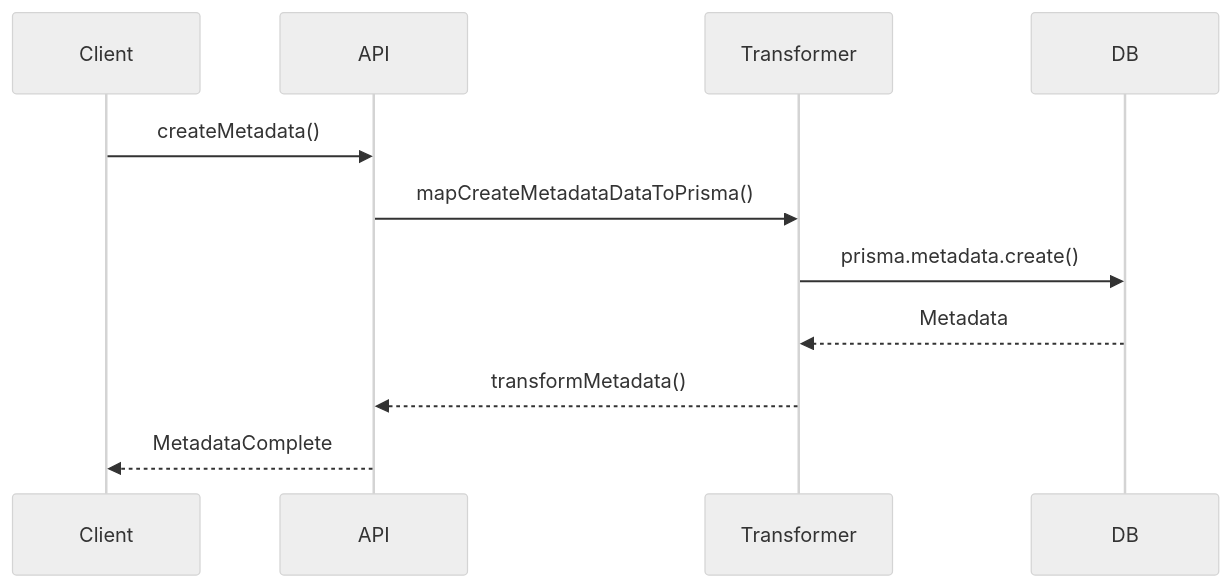
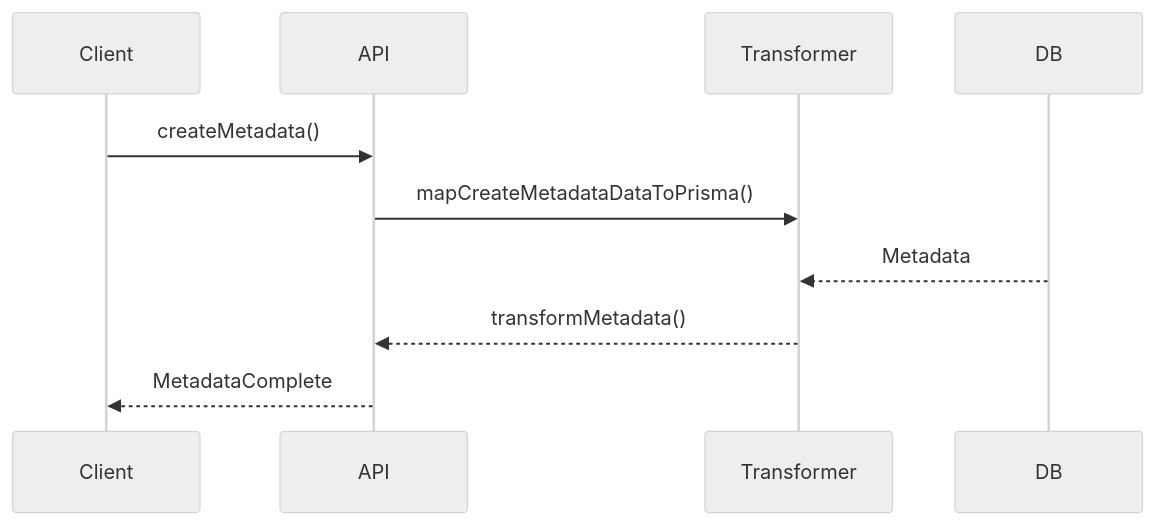
The second of 2 diagrams in src/types/entities/metadata/documentation.md (gvastethecreator/media-manager), drawn with Mermaid (neutral theme) before and after one commit. The commit also changed 176 other files, not shown here.

````diff
--- a/src/types/entities/metadata/documentation.md
+++ b/src/types/entities/metadata/documentation.md
@@ -45,13 +45,13 @@
 ```mermaid
 sequenceDiagram
     participant Client
     participant API
     participant Transformer
     participant DB
     Client->>API: createMetadata()
     API->>Transformer: mapCreateMetadataDataToPrisma()
-    Transformer->>DB: prisma.metadata.create()
+    
     DB-->>Transformer: Metadata
     Transformer-->>API: transformMetadata()
     API-->>Client: MetadataComplete
 ```
````
